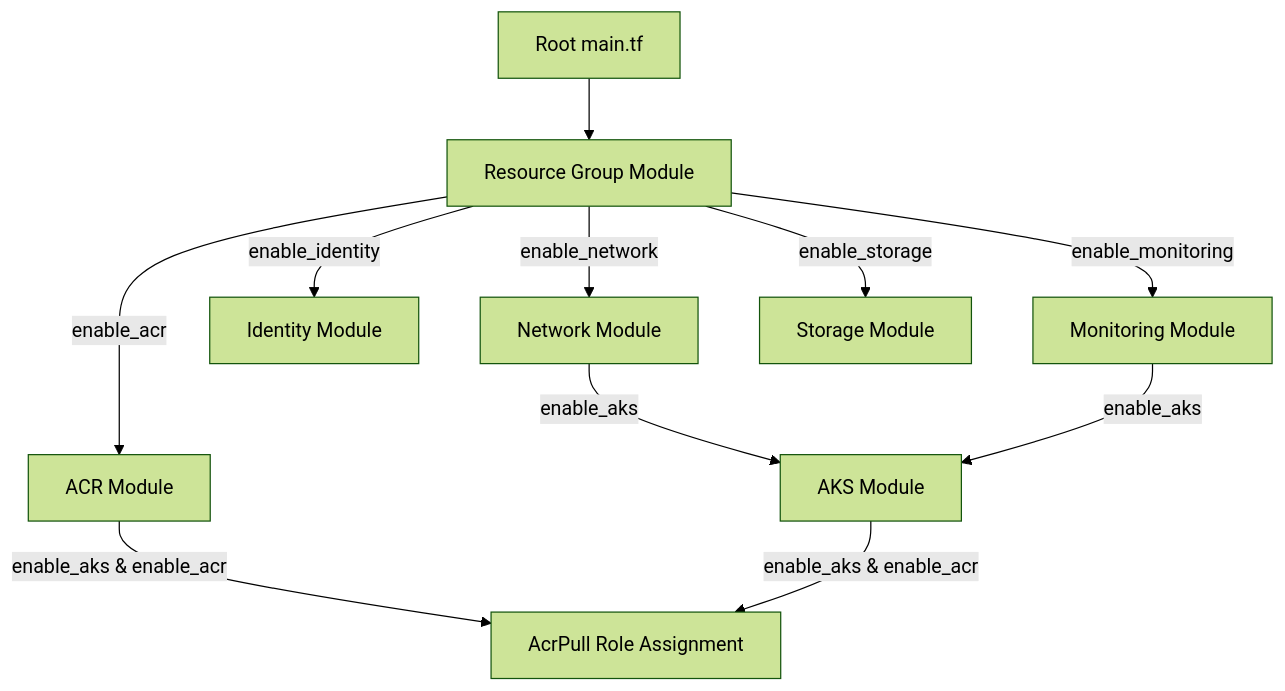
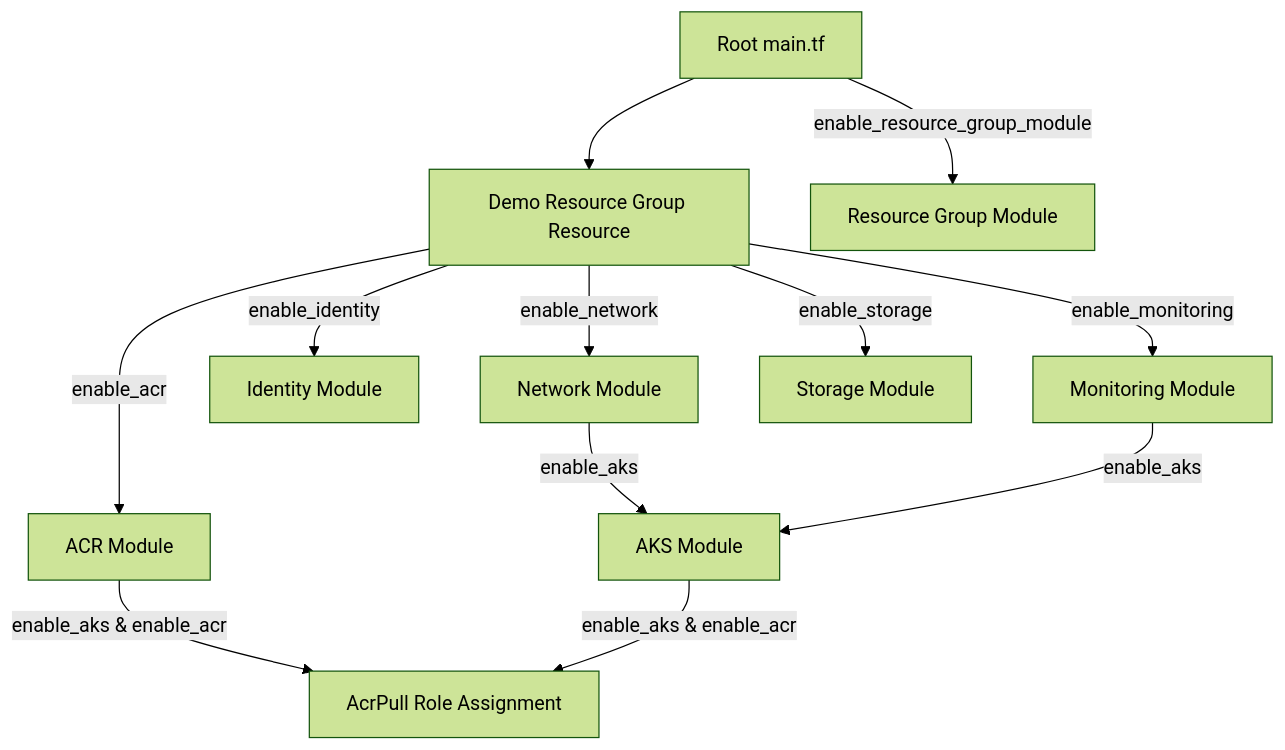
Before and after one commit to Varun-Projects99/ShipFlowX-Development: the first of 2 diagrams in docs/devops/stage3_terraform.md, drawn with Mermaid (forest theme). The commit also changed other lines of this file and 4 other files, not shown here.

Commit message:
feat: configure multi-stage azure-pipelines.yml and demo resource group fallback setup

````diff
--- a/docs/devops/stage3_terraform.md
+++ b/docs/devops/stage3_terraform.md
@@ -44,14 +46,15 @@
 ```mermaid
 graph TD
-    Root[Root main.tf] --> RG[Resource Group Module]
+    Root[Root main.tf] --> RG[Demo Resource Group Resource]
+    Root -->|enable_resource_group_module| RGM[Resource Group Module]
     RG -->|enable_network| Net[Network Module]
     RG -->|enable_acr| ACR[ACR Module]
     RG -->|enable_identity| Identity[Identity Module]
     RG -->|enable_monitoring| Monitor[Monitoring Module]
     RG -->|enable_storage| Storage[Storage Module]
     
     Net -->|enable_aks| AKS[AKS Module]
     Monitor -->|enable_aks| AKS
     ACR -->|enable_aks & enable_acr| Role[AcrPull Role Assignment]
     AKS -->|enable_aks & enable_acr| Role
 ```
````
